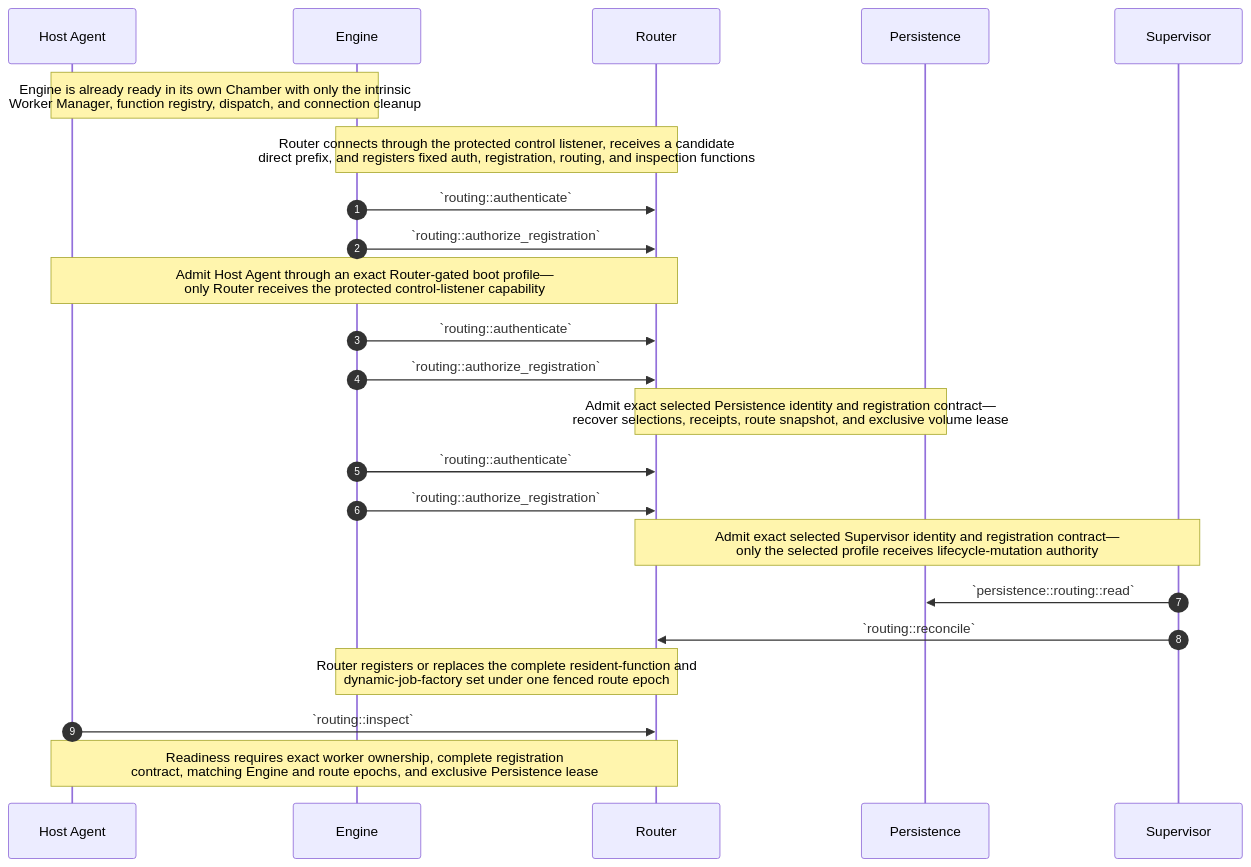
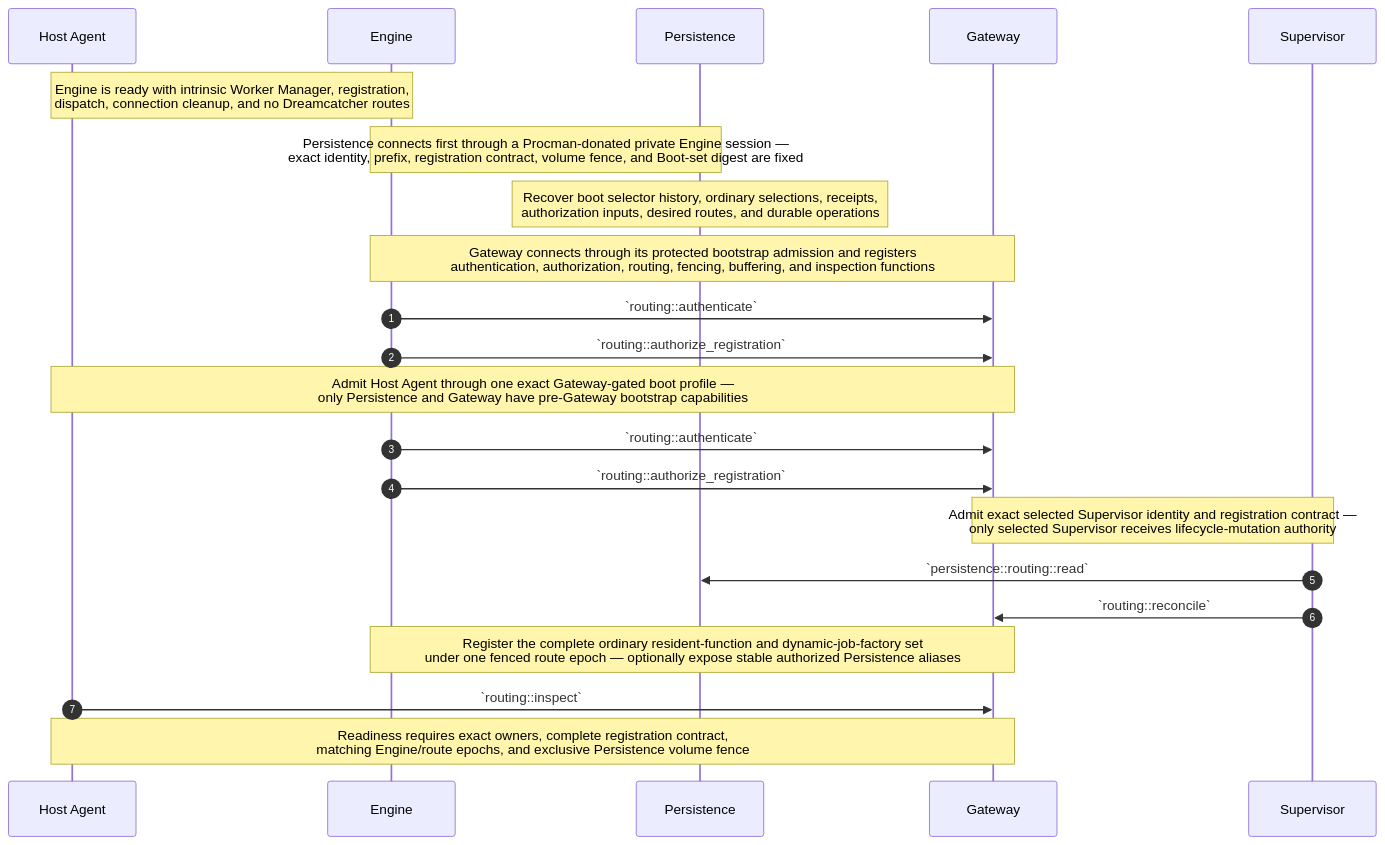
One commit to dreamcatcher-tech/chambers-lifecycle-explorer changed the fifth of 18 diagrams in source/chambers-lifecycle-sequences.md. Above: the diagram before and after it, drawn with Mermaid. The commit also changed other lines of this file and 9 other files, not shown here.

Commit message:
docs: project simplified boot-set lifecycle

````diff
--- a/source/chambers-lifecycle-sequences.md
+++ b/source/chambers-lifecycle-sequences.md
@@ -967,26 +1034,25 @@
 ```mermaid
 sequenceDiagram
     autonumber
     participant HostAgent as Host Agent
     participant Engine
-    participant Router as Router
     participant Persistence
+    participant Gateway
     participant Supervisor
 
-    Note over HostAgent,Engine: Engine is already ready in its own Chamber with only the intrinsic<br/>Worker Manager, function registry, dispatch, and connection cleanup
-    Note over Engine,Router: Router connects through the protected control listener, receives a candidate<br/>direct prefix, and registers fixed auth, registration, routing, and inspection functions
-    Engine->>Router: `routing::authenticate`
-    Engine->>Router: `routing::authorize_registration`
-    Note over HostAgent,Router: Admit Host Agent through an exact Router-gated boot profile—<br/>only Router receives the protected control-listener capability
-    Engine->>Router: `routing::authenticate`
-    Engine->>Router: `routing::authorize_registration`
-    Note over Router,Persistence: Admit exact selected Persistence identity and registration contract—<br/>recover selections, receipts, route snapshot, and exclusive volume lease
-    Engine->>Router: `routing::authenticate`
-    Engine->>Router: `routing::authorize_registration`
-    Note over Router,Supervisor: Admit exact selected Supervisor identity and registration contract—<br/>only the selected profile receives lifecycle-mutation authority
+    Note over HostAgent,Engine: Engine is ready with intrinsic Worker Manager, registration,<br/>dispatch, connection cleanup, and no Dreamcatcher routes
+    Note over Engine,Persistence: Persistence connects first through a Procman-donated private Engine session —<br/>exact identity, prefix, registration contract, volume fence, and Boot-set digest are fixed
+    Note over Persistence: Recover boot selector history, ordinary selections, receipts,<br/>authorization inputs, desired routes, and durable operations
+    Note over Engine,Gateway: Gateway connects through its protected bootstrap admission and registers<br/>authentication, authorization, routing, fencing, buffering, and inspection functions
+    Engine->>Gateway: `routing::authenticate`
+    Engine->>Gateway: `routing::authorize_registration`
+    Note over HostAgent,Gateway: Admit Host Agent through one exact Gateway-gated boot profile —<br/>only Persistence and Gateway have pre-Gateway bootstrap capabilities
+    Engine->>Gateway: `routing::authenticate`
+    Engine->>Gateway: `routing::authorize_registration`
+    Note over Gateway,Supervisor: Admit exact selected Supervisor identity and registration contract —<br/>only selected Supervisor receives lifecycle-mutation authority
     Supervisor->>Persistence: `persistence::routing::read`
-    Supervisor->>Router: `routing::reconcile`
-    Note over Router,Engine: Router registers or replaces the complete resident-function and<br/>dynamic-job-factory set under one fenced route epoch
-    HostAgent->>Router: `routing::inspect`
-    Note over HostAgent,Router: Readiness requires exact worker ownership, complete registration<br/>contract, matching Engine and route epochs, and exclusive Persistence lease
+    Supervisor->>Gateway: `routing::reconcile`
+    Note over Gateway,Engine: Register the complete ordinary resident-function and dynamic-job-factory set<br/>under one fenced route epoch — optionally expose stable authorized Persistence aliases
+    HostAgent->>Gateway: `routing::inspect`
+    Note over HostAgent,Gateway: Readiness requires exact owners, complete registration contract,<br/>matching Engine/route epochs, and exclusive Persistence volume fence
 ```
````
